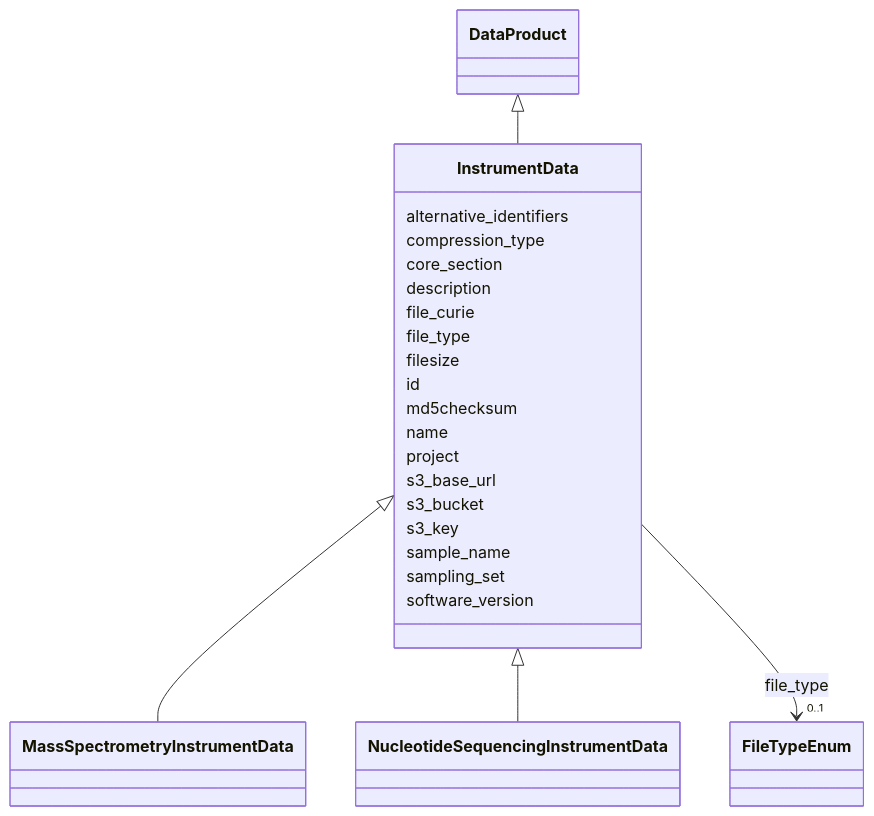
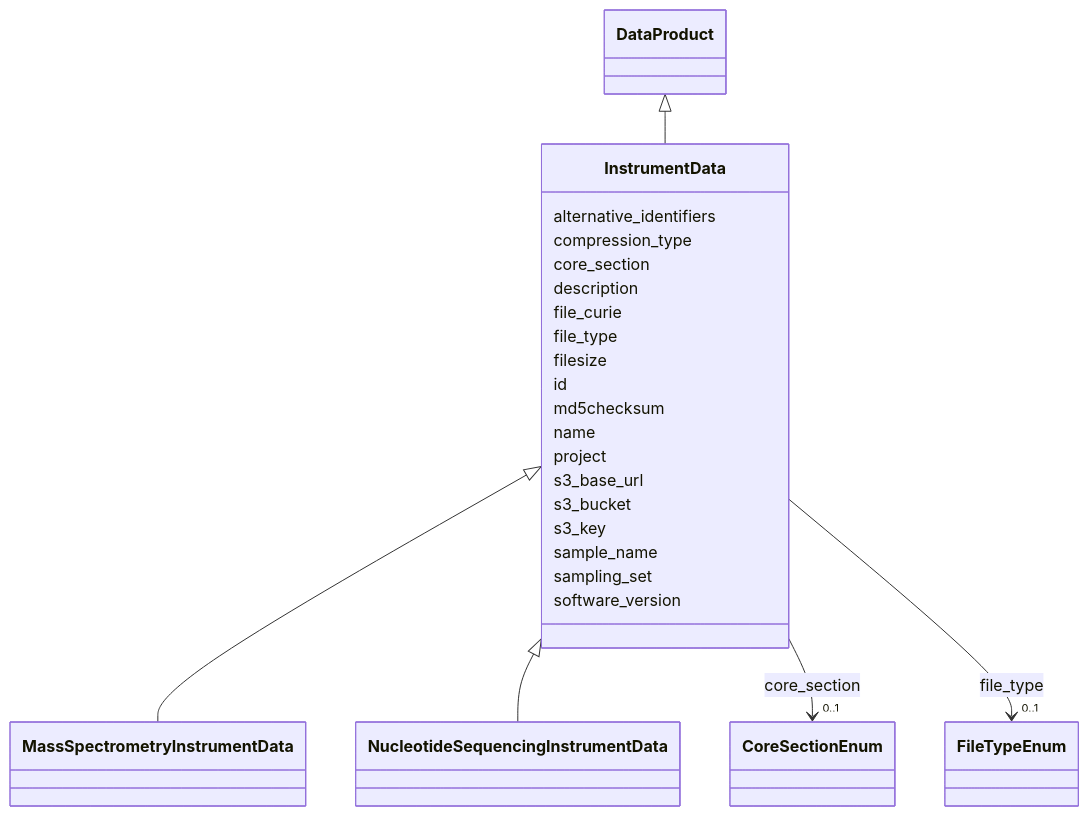
One commit to EMSL-Computing/BASALT-Schema changed the diagram in docs/elements/InstrumentData.md. Above: the diagram before and after it, drawn with Mermaid. The commit also changed other lines of this file and 388 other files, not shown here.

````diff
--- a/docs/elements/InstrumentData.md
+++ b/docs/elements/InstrumentData.md
@@ -21,65 +21,75 @@
 ```mermaid
  classDiagram
     class InstrumentData
     click InstrumentData href "../InstrumentData"
       DataProduct <|-- InstrumentData
         click DataProduct href "../DataProduct"
       
 
       InstrumentData <|-- MassSpectrometryInstrumentData
         click MassSpectrometryInstrumentData href "../MassSpectrometryInstrumentData"
       InstrumentData <|-- NucleotideSequencingInstrumentData
         click NucleotideSequencingInstrumentData href "../NucleotideSequencingInstrumentData"
       
       
       InstrumentData : alternative_identifiers
         
       InstrumentData : compression_type
         
       InstrumentData : core_section
+        
+          
+    
+    
+    
+    
+    InstrumentData --> "0..1" CoreSectionEnum : core_section
+    click CoreSectionEnum href "../CoreSectionEnum"
+    
+
         
       InstrumentData : description
         
       InstrumentData : file_curie
         
       InstrumentData : file_type
         
           
     
     
     
     
     InstrumentData --> "0..1" FileTypeEnum : file_type
     click FileTypeEnum href "../FileTypeEnum"
     
 
         
       InstrumentData : filesize
         
       InstrumentData : id
         
           
     
     
 
         
       InstrumentData : md5checksum
         
       InstrumentData : name
         
       InstrumentData : project
         
       InstrumentData : s3_base_url
         
       InstrumentData : s3_bucket
         
       InstrumentData : s3_key
         
       InstrumentData : sample_name
         
       InstrumentData : sampling_set
         
       InstrumentData : software_version
         
       
 ```
````
